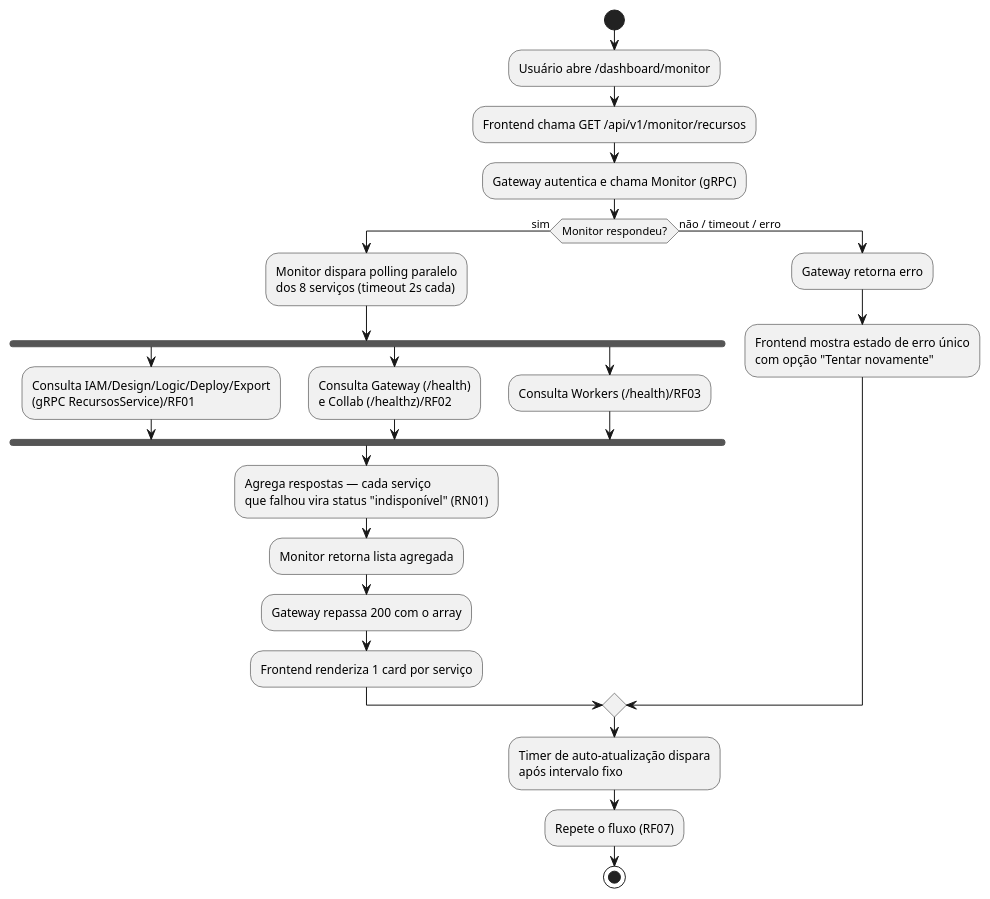
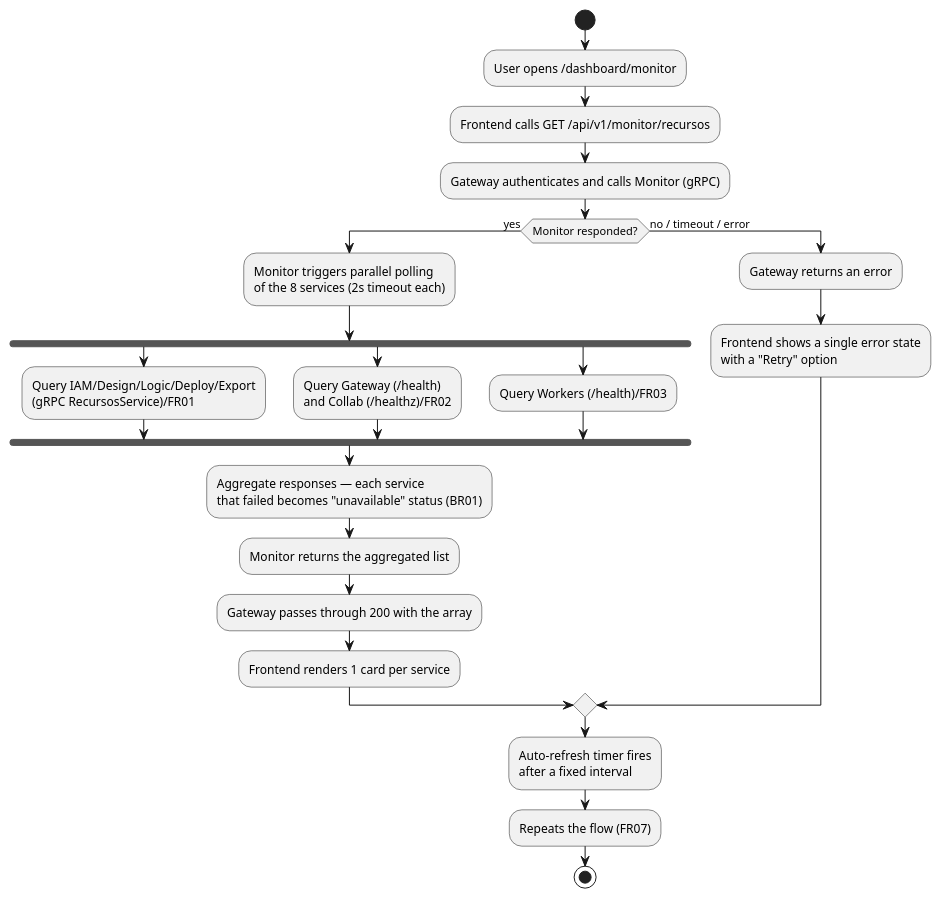
One commit to GiovaniRodrigo/arquitetura-mach-saas-nocode changed the second of 3 diagrams in specs/008-monitor-recursos/spec.md. Above: the diagram before and after it, drawn with PlantUML. The commit also changed other lines of this file and 86 other files, not shown here.

````diff
--- a/specs/008-monitor-recursos/spec.md
+++ b/specs/008-monitor-recursos/spec.md
@@ -149,28 +149,28 @@
 ```plantuml
 @startuml
 start
-:Usuário abre /dashboard/monitor;
-:Frontend chama GET /api/v1/monitor/recursos;
-:Gateway autentica e chama Monitor (gRPC);
-if (Monitor respondeu?) then (sim)
-  :Monitor dispara polling paralelo\ndos 8 serviços (timeout 2s cada);
+:User opens /dashboard/monitor;
+:Frontend calls GET /api/v1/monitor/recursos;
+:Gateway authenticates and calls Monitor (gRPC);
+if (Monitor responded?) then (yes)
+  :Monitor triggers parallel polling\nof the 8 services (2s timeout each);
   fork
-    :Consulta IAM/Design/Logic/Deploy/Export\n(gRPC RecursosService)/RF01;
+    :Query IAM/Design/Logic/Deploy/Export\n(gRPC RecursosService)/FR01;
   fork again
-    :Consulta Gateway (/health)\ne Collab (/healthz)/RF02;
+    :Query Gateway (/health)\nand Collab (/healthz)/FR02;
   fork again
-    :Consulta Workers (/health)/RF03;
+    :Query Workers (/health)/FR03;
   end fork
-  :Agrega respostas — cada serviço\nque falhou vira status "indisponível" (RN01);
-  :Monitor retorna lista agregada;
-  :Gateway repassa 200 com o array;
-  :Frontend renderiza 1 card por serviço;
-else (não / timeout / erro)
-  :Gateway retorna erro;
-  :Frontend mostra estado de erro único\ncom opção "Tentar novamente";
+  :Aggregate responses — each service\nthat failed becomes "unavailable" status (BR01);
+  :Monitor returns the aggregated list;
+  :Gateway passes through 200 with the array;
+  :Frontend renders 1 card per service;
+else (no / timeout / error)
+  :Gateway returns an error;
+  :Frontend shows a single error state\nwith a "Retry" option;
 endif
-:Timer de auto-atualização dispara\napós intervalo fixo;
-:Repete o fluxo (RF07);
+:Auto-refresh timer fires\nafter a fixed interval;
+:Repeats the flow (FR07);
 stop
 @enduml
 ```
````
